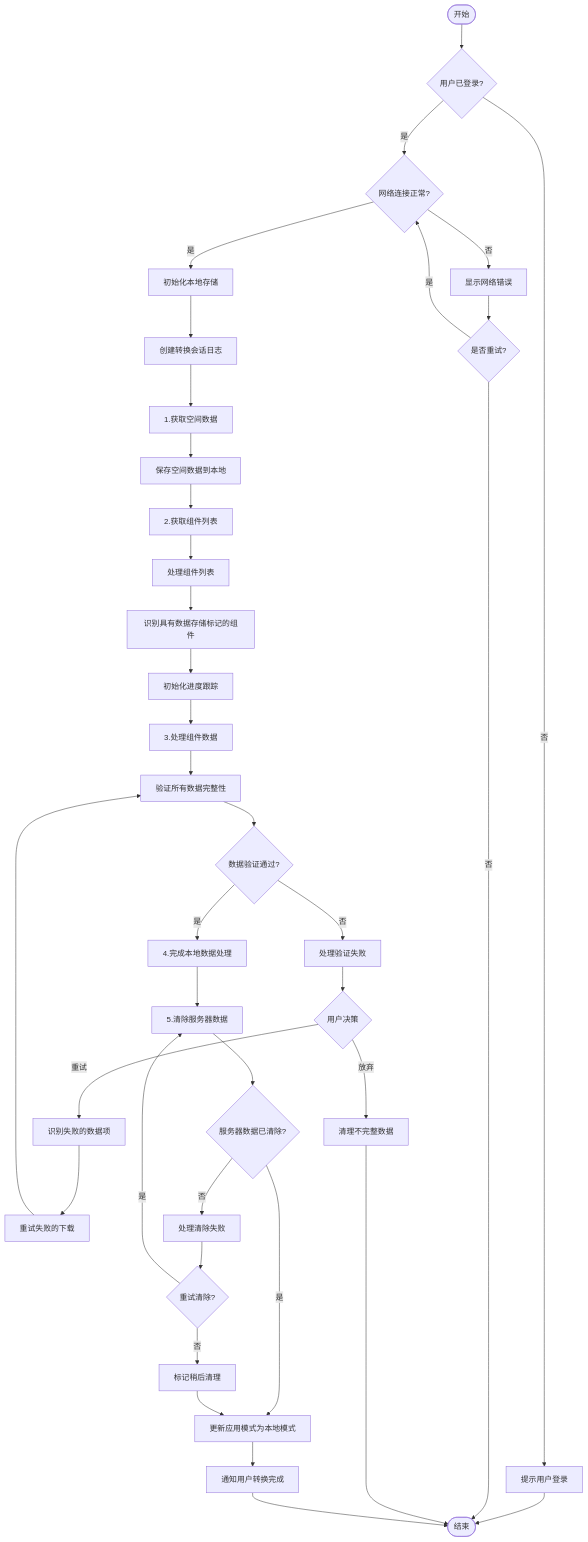
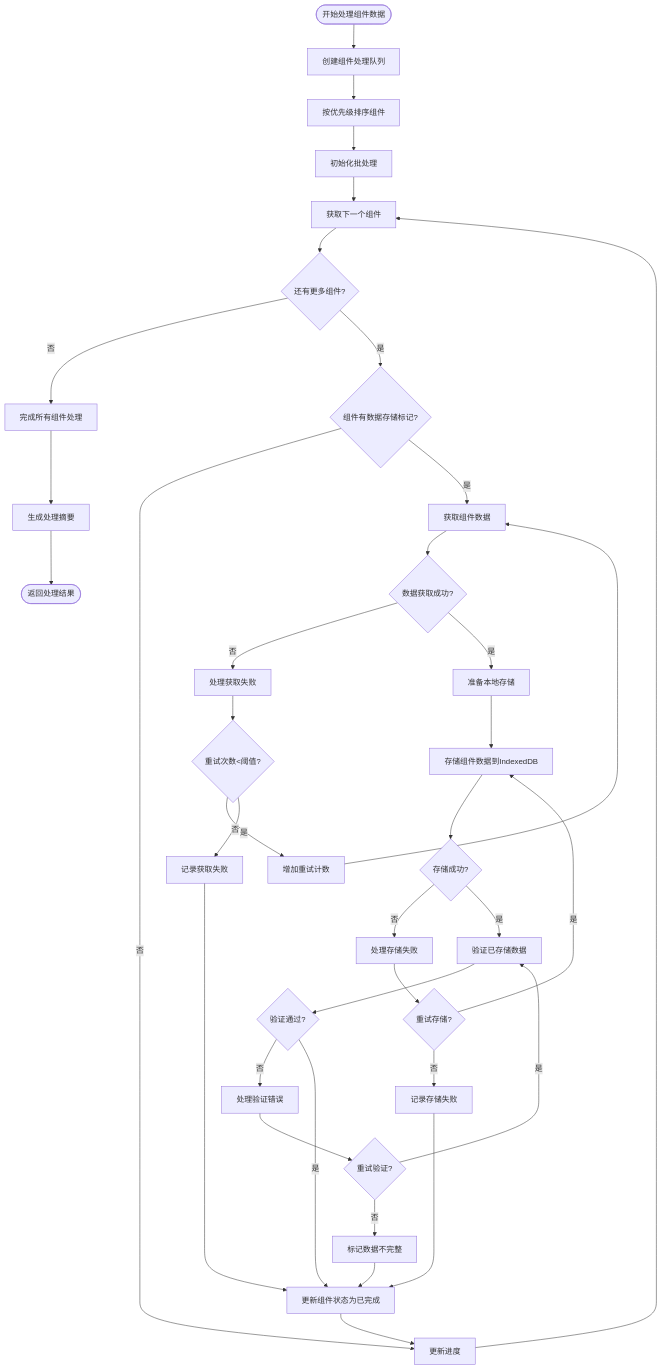
The diagram in all/未命名-50.md (yingjianzh/iodraw-files), drawn with Mermaid before and after one commit.

Commit message:
2025-05-08 10:42:06 update

````diff
--- a/all/未命名-50.md
+++ b/all/未命名-50.md
@@ -1,51 +1,52 @@
 ```mermaid
 flowchart TD
-    Start([开始]) --> CheckLogin{用户已登录?}
-    CheckLogin -->|否| LoginPrompt[提示用户登录]
-    LoginPrompt --> End([结束])
-    CheckLogin -->|是| CheckNetwork{网络连接正常?}
+    StartProcessing([开始处理组件数据]) --> CreateQueue[创建组件处理队列]
     
-    CheckNetwork -->|否| NetworkError[显示网络错误]
-    NetworkError --> RetryOption{是否重试?}
-    RetryOption -->|是| CheckNetwork
-    RetryOption -->|否| End
+    CreateQueue --> SortComponents[按优先级排序组件]
+    SortComponents --> InitBatchProcessing[初始化批处理]
     
-    CheckNetwork -->|是| InitLocalStorage[初始化本地存储]
-    InitLocalStorage --> CreateSessionLog[创建转换会话日志]
-    CreateSessionLog --> FetchWorkspaceData[1.获取空间数据]
+    InitBatchProcessing --> GetNextComponent[获取下一个组件]
+    GetNextComponent --> HasMoreComponents{还有更多组件?}
     
-    FetchWorkspaceData --> StoreWorkspaceData[保存空间数据到本地]
-    StoreWorkspaceData --> FetchComponentList[2.获取组件列表]
+    HasMoreComponents -->|否| CompleteProcessing[完成所有组件处理]
+    HasMoreComponents -->|是| CheckDataFlag{组件有数据存储标记?}
     
-    FetchComponentList --> ProcessComponentList[处理组件列表]
-    ProcessComponentList --> IdentifyDataComponents[识别具有数据存储标记的组件]
+    CheckDataFlag -->|否| UpdateProgress[更新进度]
+    CheckDataFlag -->|是| FetchComponentData[获取组件数据]
     
-    IdentifyDataComponents --> InitProgressTracking[初始化进度跟踪]
-    InitProgressTracking --> ProcessComponents[3.处理组件数据]
+    FetchComponentData --> DataFetchOk{数据获取成功?}
     
-    ProcessComponents --> VerifyAllData[验证所有数据完整性]
-    VerifyAllData --> DataVerified{数据验证通过?}
+    DataFetchOk -->|否| HandleFetchError[处理获取失败]
+    HandleFetchError --> RetryCount{重试次数<阈值?}
+    RetryCount -->|是| IncrementRetry[增加重试计数]
+    IncrementRetry --> FetchComponentData
+    RetryCount -->|否| LogFetchFailure[记录获取失败]
     
-    DataVerified -->|否| HandleVerificationFailure[处理验证失败]
-    HandleVerificationFailure --> UserDecision{用户决策}
-    UserDecision -->|重试| IdentifyFailedData[识别失败的数据项]
-    IdentifyFailedData --> RetryFailedDownloads[重试失败的下载]
-    RetryFailedDownloads --> VerifyAllData
-    UserDecision -->|放弃| CleanupIncomplete[清理不完整数据]
-    CleanupIncomplete --> End
+    DataFetchOk -->|是| PrepareStorage[准备本地存储]
+    PrepareStorage --> StoreComponentData[存储组件数据到IndexedDB]
     
-    DataVerified -->|是| FinalizeLocalData[4.完成本地数据处理]
-    FinalizeLocalData --> ClearServerData[5.清除服务器数据]
+    StoreComponentData --> StorageOk{存储成功?}
+    StorageOk -->|否| HandleStorageError[处理存储失败]
+    HandleStorageError --> RetryStorage{重试存储?}
+    RetryStorage -->|是| StoreComponentData
+    RetryStorage -->|否| LogStorageFailure[记录存储失败]
     
-    ClearServerData --> ServerCleared{服务器数据已清除?}
-    ServerCleared -->|否| HandleClearFailure[处理清除失败]
-    HandleClearFailure --> RetryServerClear{重试清除?}
-    RetryServerClear -->|是| ClearServerData
-    RetryServerClear -->|否| MarkForLaterCleanup[标记稍后清理]
+    StorageOk -->|是| VerifyStoredData[验证已存储数据]
+    VerifyStoredData --> VerifyOk{验证通过?}
     
-    ServerCleared -->|是| UpdateAppMode[更新应用模式为本地模式]
+    VerifyOk -->|否| HandleVerifyError[处理验证错误]
+    HandleVerifyError --> RetryVerify{重试验证?}
+    RetryVerify -->|是| VerifyStoredData
+    RetryVerify -->|否| MarkDataIncomplete[标记数据不完整]
     
-    MarkForLaterCleanup --> UpdateAppMode
-    UpdateAppMode --> NotifyComplete[通知用户转换完成]
-    NotifyComplete --> End
+    VerifyOk -->|是| UpdateComponentStatus[更新组件状态为已完成]
+    LogFetchFailure --> UpdateComponentStatus
+    LogStorageFailure --> UpdateComponentStatus
+    MarkDataIncomplete --> UpdateComponentStatus
+    
+    UpdateComponentStatus --> UpdateProgress
+    UpdateProgress --> GetNextComponent
+    
+    CompleteProcessing --> GenerateSummary[生成处理摘要]
+    GenerateSummary --> Return([返回处理结果])
 ```
````
